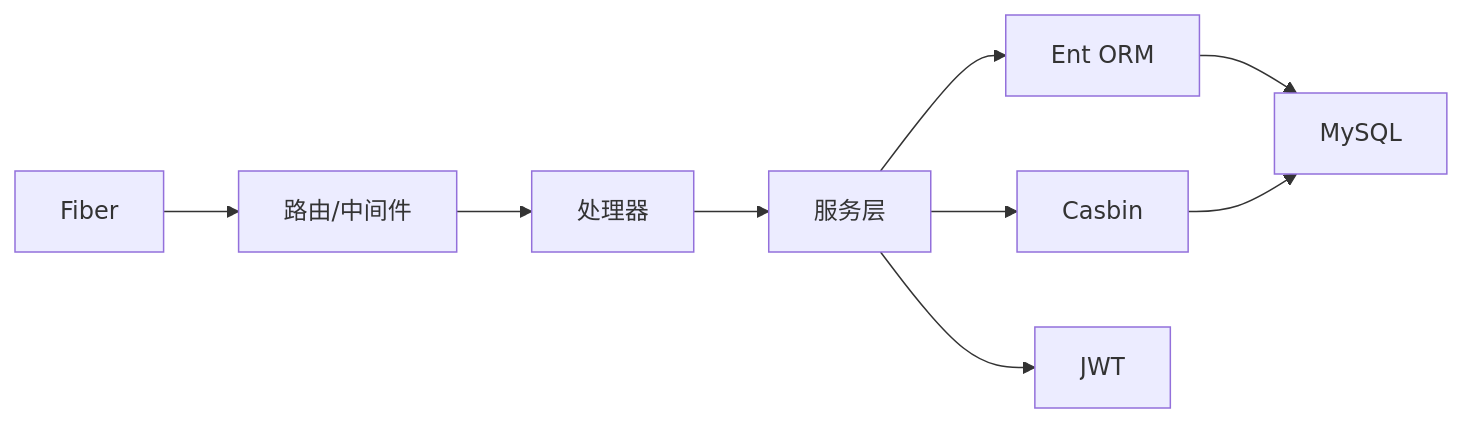
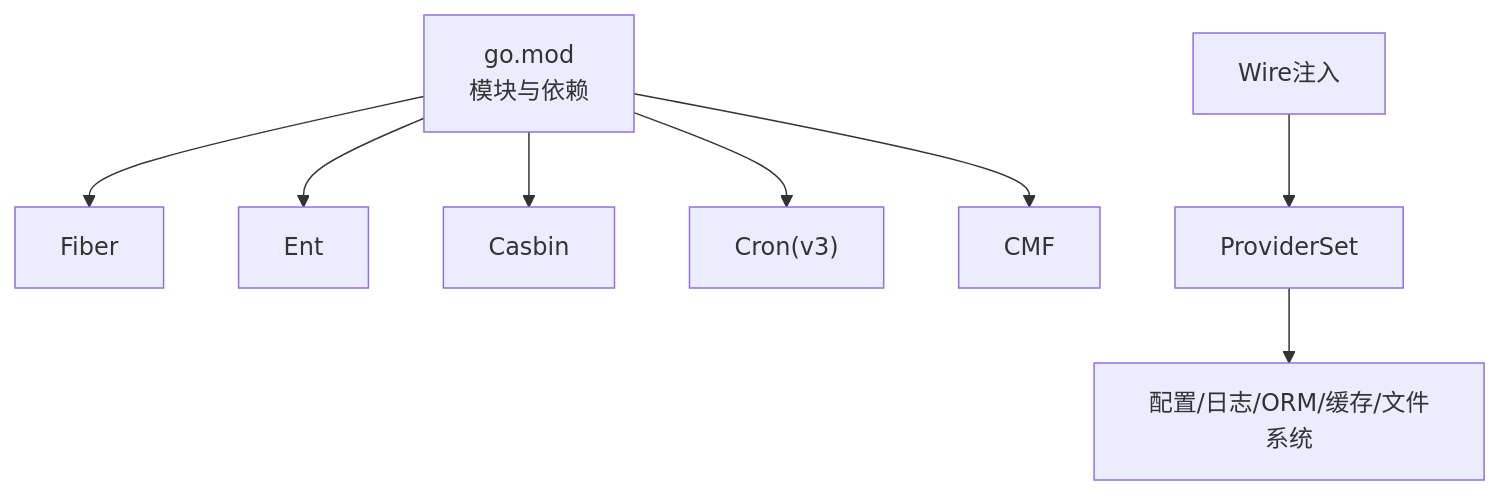
One commit to wuwuseo/e-sports-go-admin changed the eighth of 8 diagrams in .qoder/repowiki/zh/content/项目概述.md. Above: the diagram before and after it, drawn with Mermaid. The commit also changed other lines of this file and 141 other files, not shown here.

````diff
--- a/.qoder/repowiki/zh/content/项目概述.md
+++ b/.qoder/repowiki/zh/content/项目概述.md
@@ -363,11 +381,10 @@
 ```mermaid
-graph LR
-Fiber["Fiber"] --> Router["路由/中间件"]
-Router --> Handler["处理器"]
-Handler --> Service["服务层"]
-Service --> ORM["Ent ORM"]
-Service --> Casbin["Casbin"]
-Service --> JWT["JWT"]
-ORM --> MySQL["MySQL"]
-Casbin --> MySQL
+graph TB
+A["go.mod<br/>模块与依赖"] --> B["Fiber"]
+A --> C["Ent"]
+A --> D["Casbin"]
+A --> E["Cron(v3)"]
+A --> F["CMF"]
+G["Wire注入"] --> H["ProviderSet"]
+H --> I["配置/日志/ORM/缓存/文件系统"]
 ```
````
